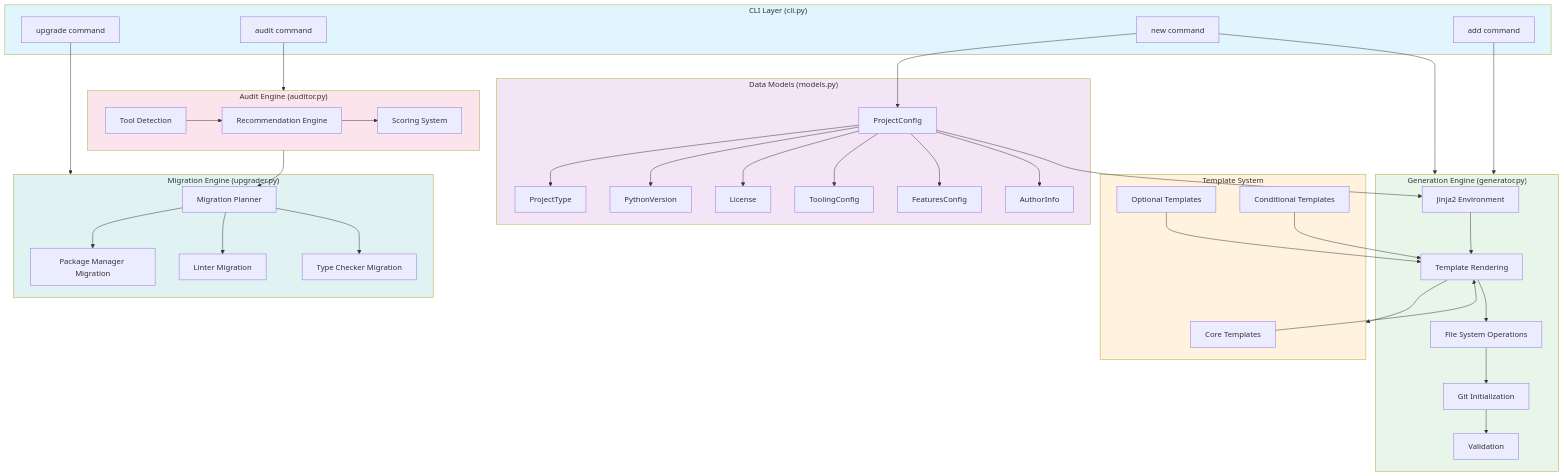
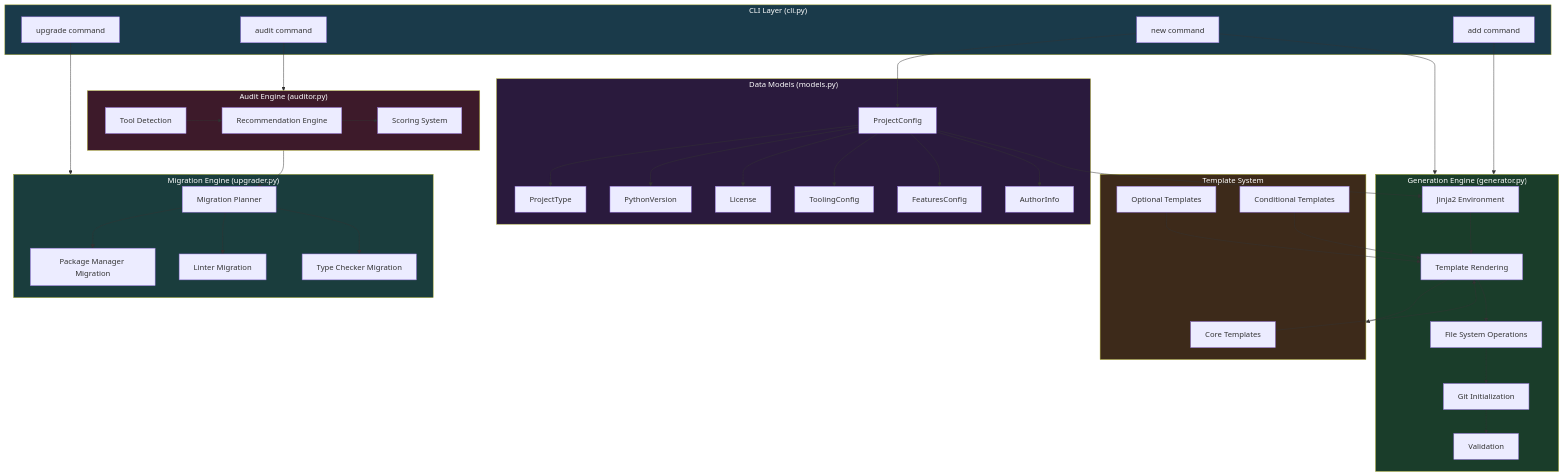
One commit to Technical-1/All-About-Me changed the first of 2 diagrams in public/data/portfolio/pythonforge/architecture.md. Above: the diagram before and after it, drawn with Mermaid. The commit also changed 12 other files, not shown here.

````diff
--- a/public/data/portfolio/pythonforge/architecture.md
+++ b/public/data/portfolio/pythonforge/architecture.md
@@ -80,10 +80,10 @@
     PLAN --> LINT
     PLAN --> TYPE
 
-    style CLI fill:#e1f5fe
-    style Models fill:#f3e5f5
-    style Generator fill:#e8f5e9
-    style Templates fill:#fff3e0
-    style Auditor fill:#fce4ec
-    style Upgrader fill:#e0f2f1
+    style CLI fill:#1a3a4a,color:#fff
+    style Models fill:#2a1a3d,color:#fff
+    style Generator fill:#1a3d2a,color:#fff
+    style Templates fill:#3d2a1a,color:#fff
+    style Auditor fill:#3d1a2a,color:#fff
+    style Upgrader fill:#1a3d3d,color:#fff
 ```
````
